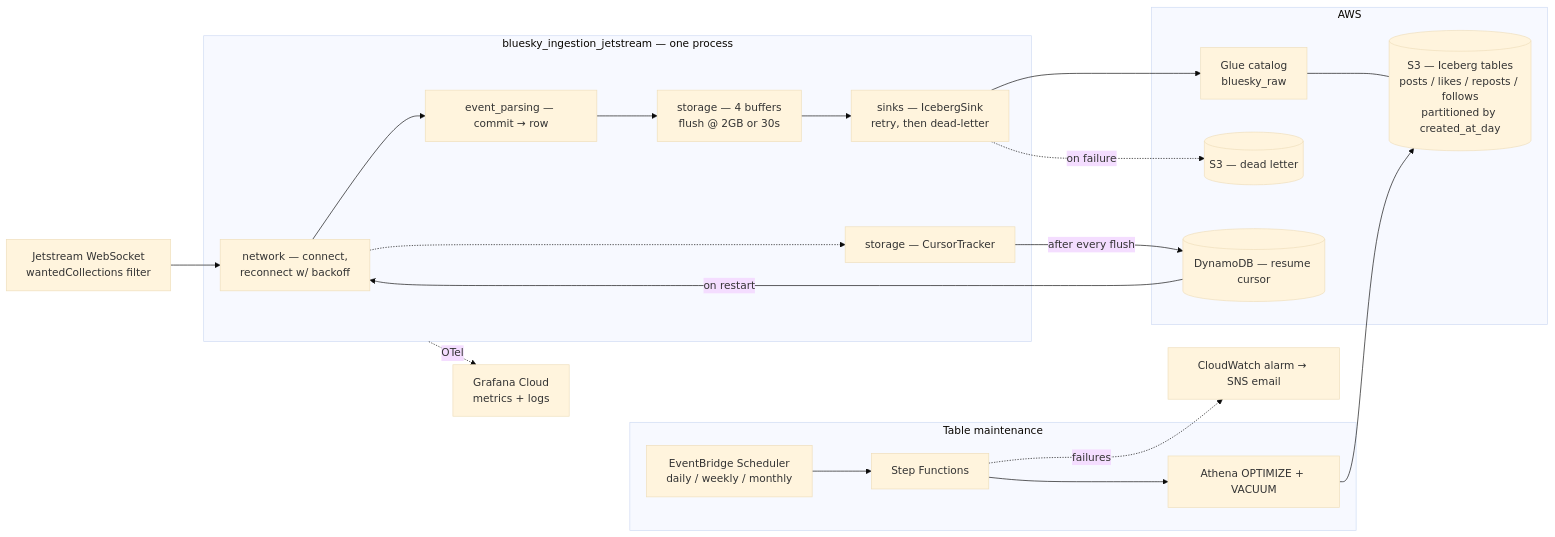
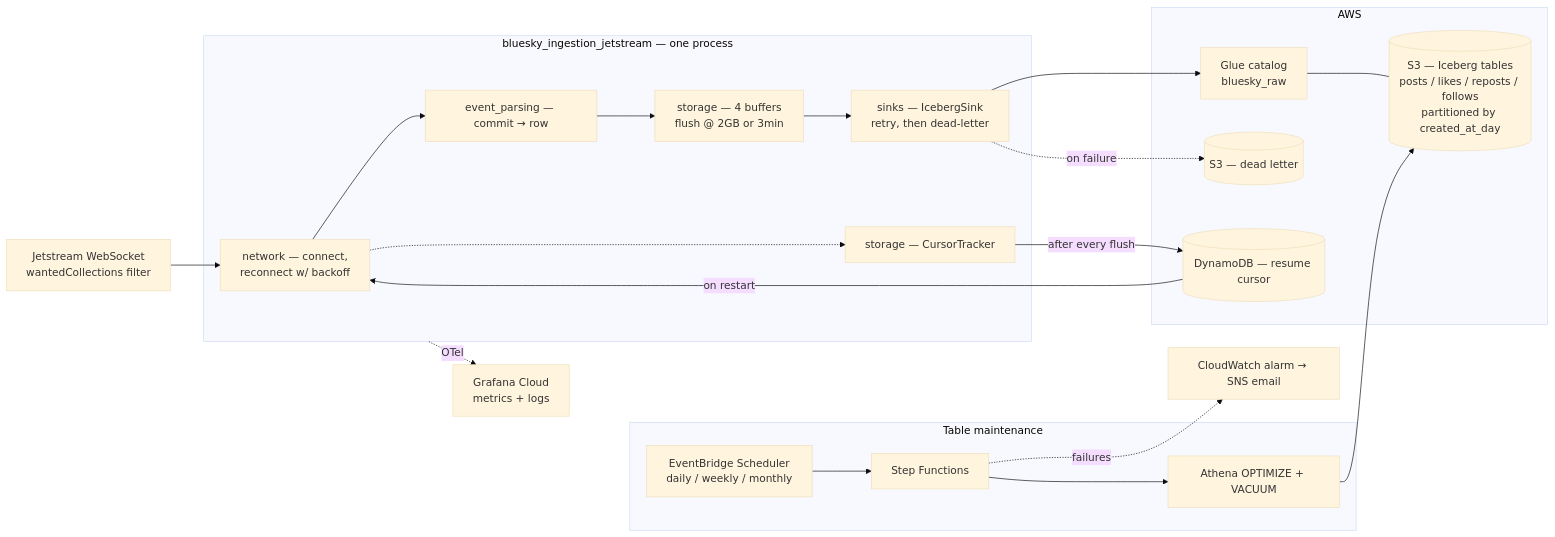
The diagram in README.md (METResearchGroup/lab_data_integrations_interface), drawn with Mermaid (base theme) before and after one commit. The commit also changed other lines of this file, not shown here.

Commit message:
update flush interval and comment at bottom

````diff
--- a/README.md
+++ b/README.md
@@ -11,38 +11,38 @@
 ```mermaid
 flowchart LR
   JS[Jetstream WebSocket<br/>wantedCollections filter]
 
   subgraph Process["bluesky_ingestion_jetstream — one process"]
     Net[network — connect,<br/>reconnect w/ backoff]
     Parse[event_parsing — commit → row]
-    Buf[storage — 4 buffers<br/>flush @ 2GB or 30s]
+    Buf[storage — 4 buffers<br/>flush @ 2GB or 3min]
     Sink[sinks — IcebergSink<br/>retry, then dead-letter]
     Cur[storage — CursorTracker]
     Net --> Parse --> Buf --> Sink
     Net -.-> Cur
   end
 
   subgraph AWS
     Glue[Glue catalog<br/>bluesky_raw]
     S3[(S3 — Iceberg tables<br/>posts / likes / reposts / follows<br/>partitioned by created_at_day)]
     DL[(S3 — dead letter)]
     DDB[(DynamoDB — resume cursor)]
     Glue --- S3
   end
 
   subgraph Maintenance["Table maintenance"]
     Sched[EventBridge Scheduler<br/>daily / weekly / monthly]
     SFN[Step Functions]
     Ath[Athena OPTIMIZE + VACUUM]
     Sched --> SFN --> Ath
   end
 
   JS --> Net
   Sink --> Glue
   Sink -. on failure .-> DL
   Cur -- after every flush --> DDB
   DDB -- on restart --> Net
   Ath --> S3
   SFN -. failures .-> Alarm[CloudWatch alarm → SNS email]
   Process -. OTel .-> Graf[Grafana Cloud<br/>metrics + logs]
 ```
````
